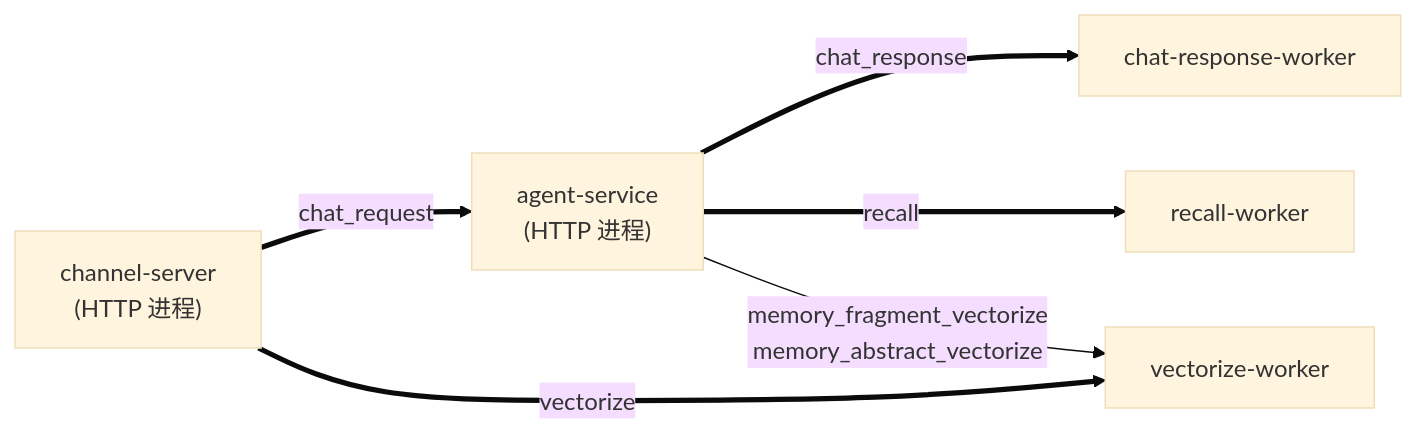
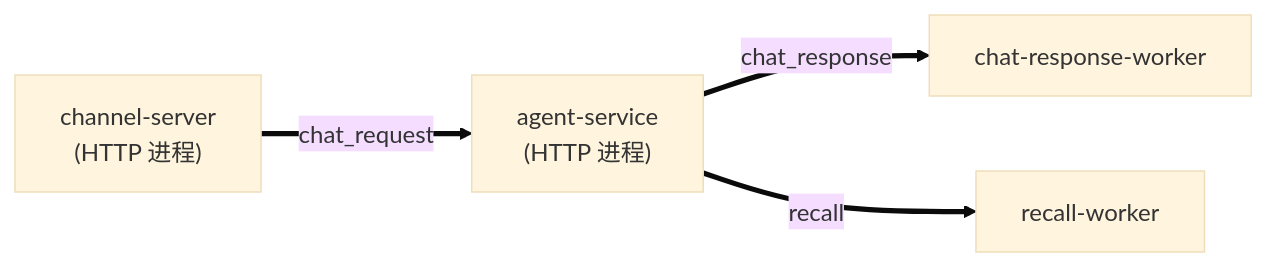
The third of 5 diagrams in docs/service-topology.md (bezhai/chiwei-platform), drawn with Mermaid (base theme) before and after one commit. The commit also changed other lines of this file and 4 other files, not shown here.

````diff
--- a/docs/service-topology.md
+++ b/docs/service-topology.md
@@ -123,14 +125,11 @@
 ```mermaid
 flowchart LR
     CS["channel-server<br/>(HTTP 进程)"]
     AS["agent-service<br/>(HTTP 进程)"]
-    VW["vectorize-worker"]
     CRW["chat-response-worker"]
     RW["recall-worker"]
 
     CS ==>|chat_request| AS
     AS ==>|chat_response| CRW
     AS ==>|recall| RW
-    CS ==>|vectorize| VW
-    AS -->|"memory_fragment_vectorize<br/>memory_abstract_vectorize"| VW
 ```
````
